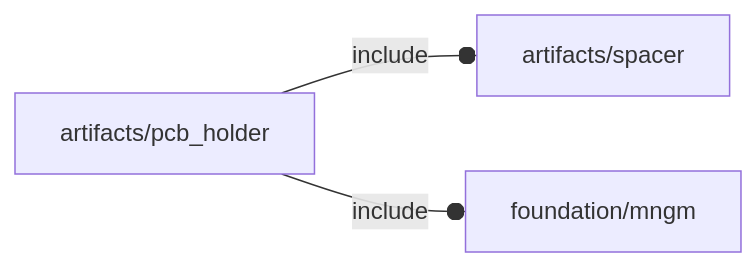
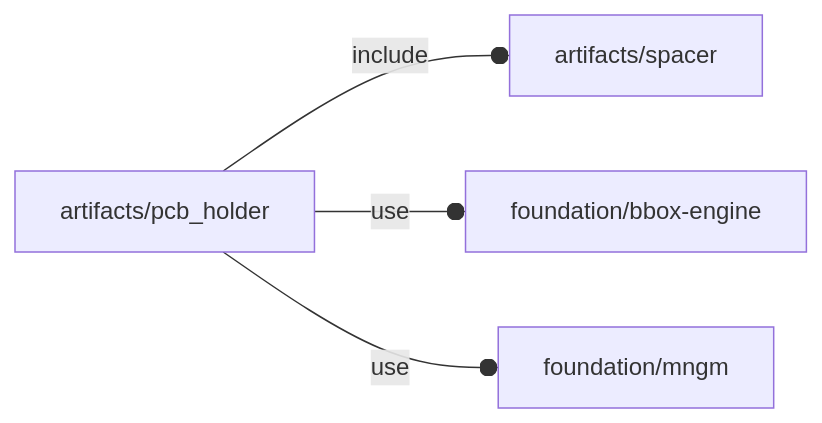
Before and after one commit to ggabbiani/OFL: the diagram in orthodocs/artifacts/pcb_holder.md, drawn with Mermaid. The commit also changed 74 other files, not shown here.

````diff
--- a/orthodocs/artifacts/pcb_holder.md
+++ b/orthodocs/artifacts/pcb_holder.md
@@ -5,5 +5,6 @@
 ```mermaid
 graph LR
     A1[artifacts/pcb_holder] --o|include| A2[artifacts/spacer]
-    A1 --o|include| A3[foundation/mngm]
+    A1 --o|use| A3[foundation/bbox-engine]
+    A1 --o|use| A4[foundation/mngm]
 ```
````
